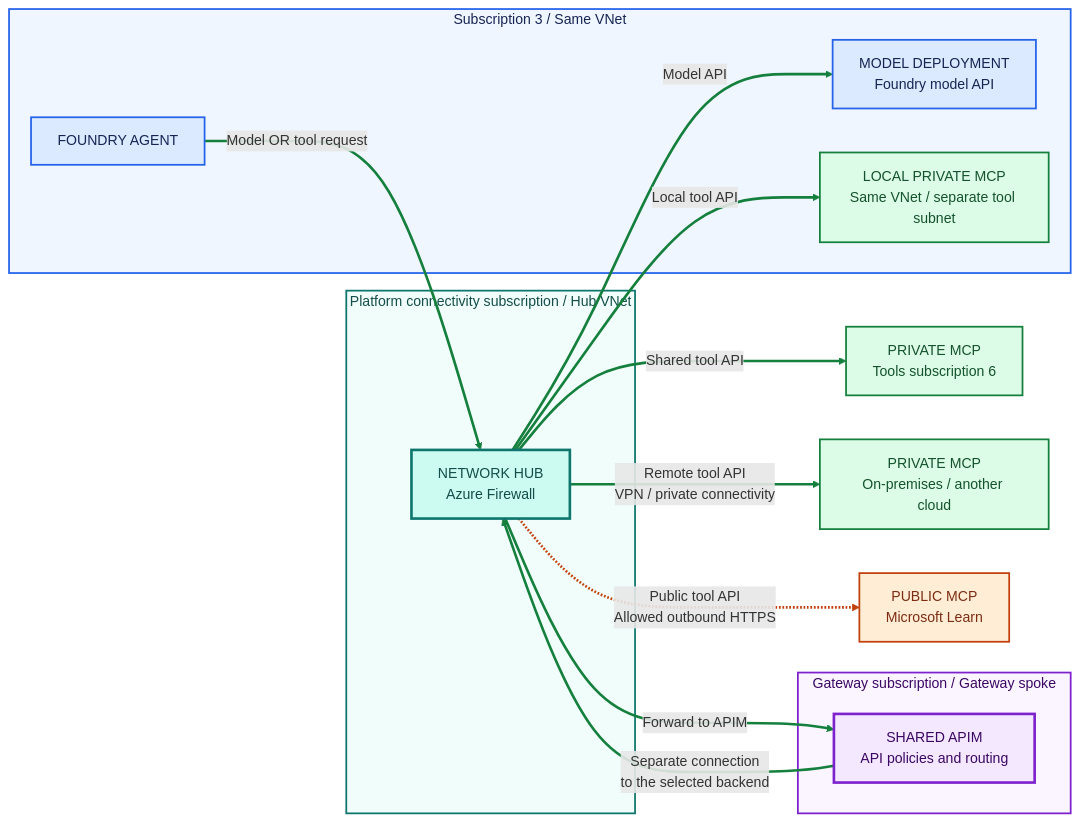
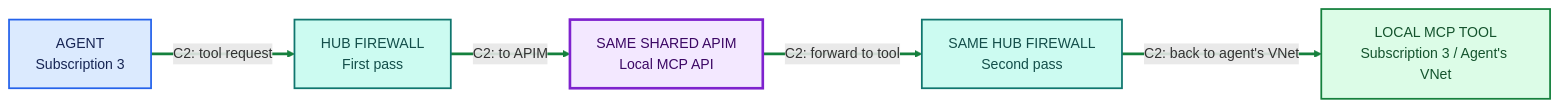
One commit to memasanz/foundry-ai-landing-zone changed the third of 4 diagrams in architecture.md. Above: the diagram before and after it, drawn with Mermaid. The commit also changed other lines of this file, not shown here.

````diff
--- a/architecture.md
+++ b/architecture.md
@@ -89,43 +121,24 @@
 ```mermaid
 flowchart LR
-    subgraph Sub3["Subscription 3 / Same VNet"]
-        Agent["FOUNDRY AGENT"]
-        Model["MODEL DEPLOYMENT<br/>Foundry model API"]
-        Local["LOCAL PRIVATE MCP<br/>Same VNet / separate tool subnet"]
-    end
-    subgraph Connectivity["Platform connectivity subscription / Hub VNet"]
-        Hub["NETWORK HUB<br/>Azure Firewall"]
-    end
-    subgraph Gateway["Gateway subscription / Gateway spoke"]
-        APIM["SHARED APIM<br/>API policies and routing"]
-    end
-    Private["PRIVATE MCP<br/>Tools subscription 6"]
-    Remote["PRIVATE MCP<br/>On-premises / another cloud"]
-    Learn["PUBLIC MCP<br/>Microsoft Learn"]
+    Agent["AGENT<br/>Subscription 3"]
+    FW1["HUB FIREWALL<br/>First pass"]
+    APIM["SAME SHARED APIM<br/>Local MCP API"]
+    FW2["SAME HUB FIREWALL<br/>Second pass"]
+    Local["LOCAL MCP TOOL<br/>Subscription 3 / Agent's VNet"]
 
-    Agent -->|"Model OR tool request"| Hub
-    Hub -->|"Forward to APIM"| APIM
-    APIM -->|"Separate connection<br/>to the selected backend"| Hub
-    Hub -->|"Model API"| Model
-    Hub -->|"Local tool API"| Local
-    Hub -->|"Shared tool API"| Private
-    Hub -->|"Remote tool API<br/>VPN / private connectivity"| Remote
-    Hub -.->|"Public tool API<br/>Allowed outbound HTTPS"| Learn
+    Agent -->|"C2: tool request"| FW1
+    FW1 -->|"C2: to APIM"| APIM
+    APIM -->|"C2: forward to tool"| FW2
+    FW2 -->|"C2: back to agent's VNet"| Local
 
     classDef gateway fill:#F3E8FF,stroke:#7E22CE,stroke-width:3px,color:#3B0764
     classDef foundry fill:#DBEAFE,stroke:#2563EB,stroke-width:2px,color:#172554
     classDef privateTool fill:#DCFCE7,stroke:#15803D,stroke-width:2px,color:#14532D
-    classDef publicTool fill:#FFEDD5,stroke:#C2410C,stroke-width:2px,color:#7C2D12
+    classDef network fill:#CCFBF1,stroke:#0F766E,stroke-width:2px,color:#134E4A
 
     class APIM gateway
-    class Agent,Model foundry
-    class Private,Remote,Local privateTool
-    class Learn publicTool
-    classDef network fill:#CCFBF1,stroke:#0F766E,stroke-width:3px,color:#134E4A
-    class Hub network
-    style Sub3 fill:#EFF6FF,stroke:#2563EB,stroke-width:2px,color:#172554
-    style Connectivity fill:#F0FDFA,stroke:#0F766E,stroke-width:2px,color:#134E4A
-    style Gateway fill:#FAF5FF,stroke:#7E22CE,stroke-width:2px,color:#3B0764
-    linkStyle 0,1,2,3,4,5,6 stroke:#15803D,stroke-width:3px
-    linkStyle 7 stroke:#C2410C,stroke-width:3px
+    class Agent foundry
+    class Local privateTool
+    class FW1,FW2 network
+    linkStyle default stroke:#15803D,stroke-width:3px
 ```
````
